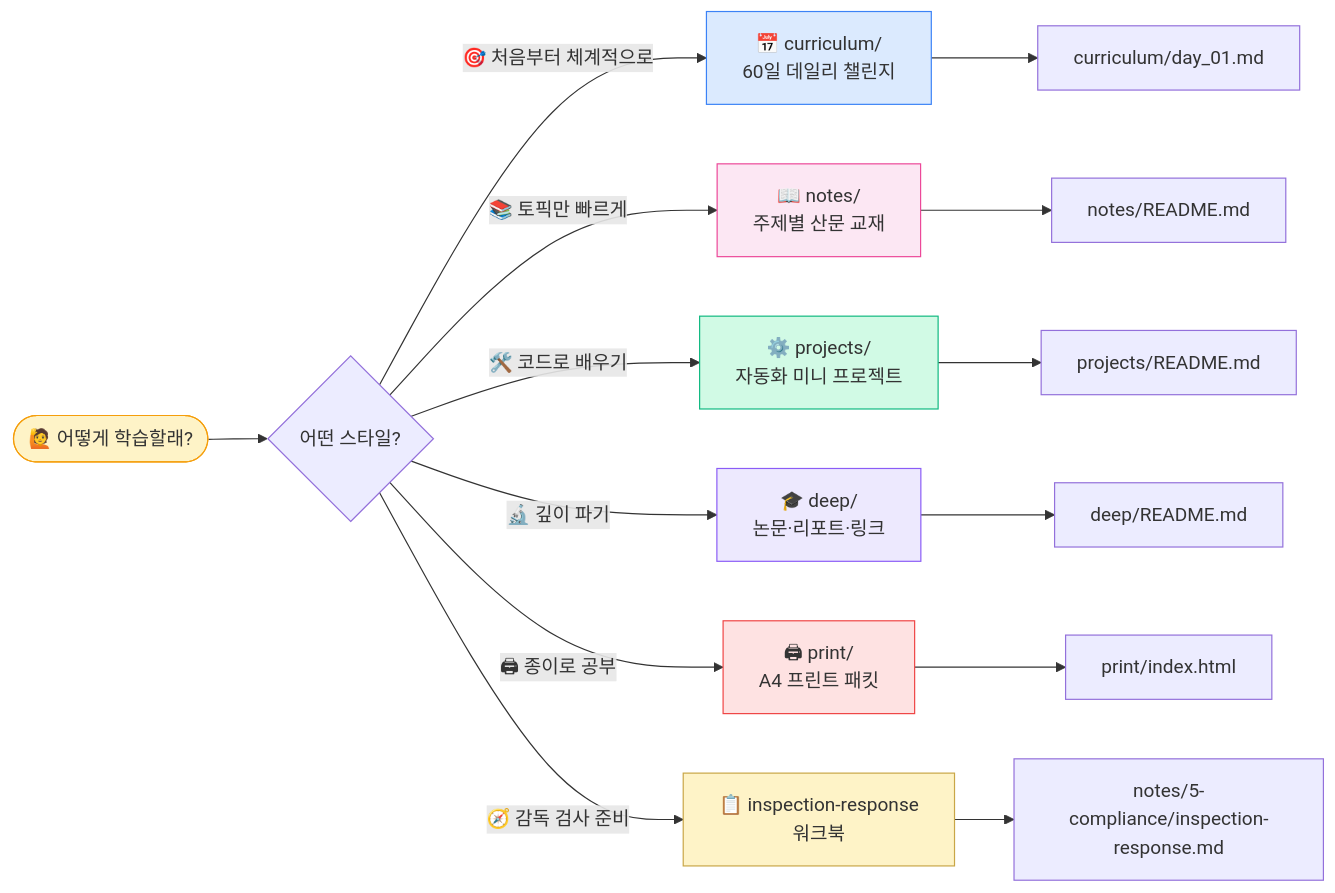
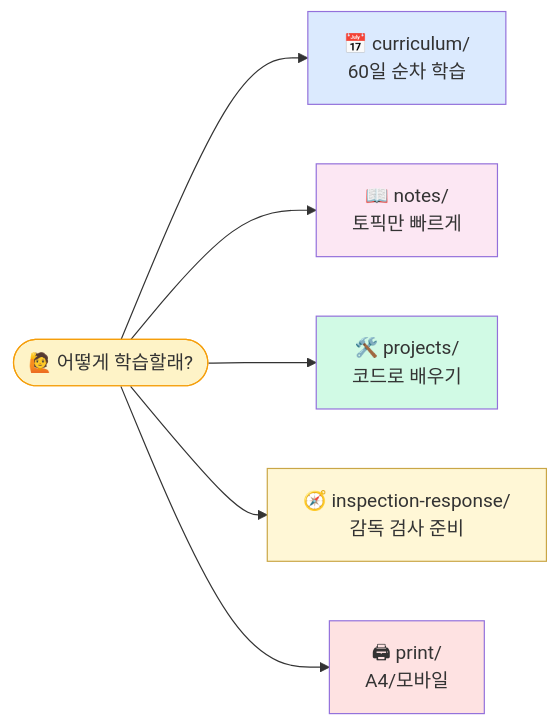
One commit to lala-david/aml-notes changed the first of 2 diagrams in README.md. Above: the diagram before and after it, drawn with Mermaid. The commit also changed other lines of this file, not shown here.

````diff
--- a/README.md
+++ b/README.md
@@ -64,25 +16,15 @@
 ```mermaid
 flowchart LR
-    Start([🙋 어떻게 학습할래?]) --> Q{어떤 스타일?}
-    Q -->|🎯 처음부터 체계적으로| A["📅 curriculum/<br/>60일 데일리 챌린지"]
-    Q -->|📚 토픽만 빠르게| B["📖 notes/<br/>주제별 산문 교재"]
-    Q -->|🛠️ 코드로 배우기| C["⚙️ projects/<br/>자동화 미니 프로젝트"]
-    Q -->|🔬 깊이 파기| D["🎓 deep/<br/>논문·리포트·링크"]
-    Q -->|🖨 종이로 공부| E["🖨 print/<br/>A4 프린트 패킷"]
-    Q -->|🧭 감독 검사 준비| F["📋 inspection-response<br/>워크북"]
-
-    A --> A1[curriculum/day_01.md]
-    B --> B1[notes/README.md]
-    C --> C1[projects/README.md]
-    D --> D1[deep/README.md]
-    E --> E1[print/index.html]
-    F --> F1[notes/5-compliance/inspection-response.md]
+    Start([🙋 어떻게 학습할래?]) --> A["📅 curriculum/<br/>60일 순차 학습"]
+    Start --> B["📖 notes/<br/>토픽만 빠르게"]
+    Start --> C["🛠️ projects/<br/>코드로 배우기"]
+    Start --> F["🧭 inspection-response/<br/>감독 검사 준비"]
+    Start --> E["🖨 print/<br/>A4/모바일"]
 
     style Start fill:#fef3c7,stroke:#f59e0b
-    style A fill:#dbeafe,stroke:#3b82f6
-    style B fill:#fce7f3,stroke:#ec4899
-    style C fill:#d1fae5,stroke:#10b981
-    style D fill:#ede9fe,stroke:#8b5cf6
-    style E fill:#fee2e2,stroke:#ef4444
-    style F fill:#fef3c7,stroke:#c9a646
+    style A fill:#dbeafe
+    style B fill:#fce7f3
+    style C fill:#d1fae5
+    style F fill:#fff7d6,stroke:#c9a646
+    style E fill:#fee2e2
 ```
````
